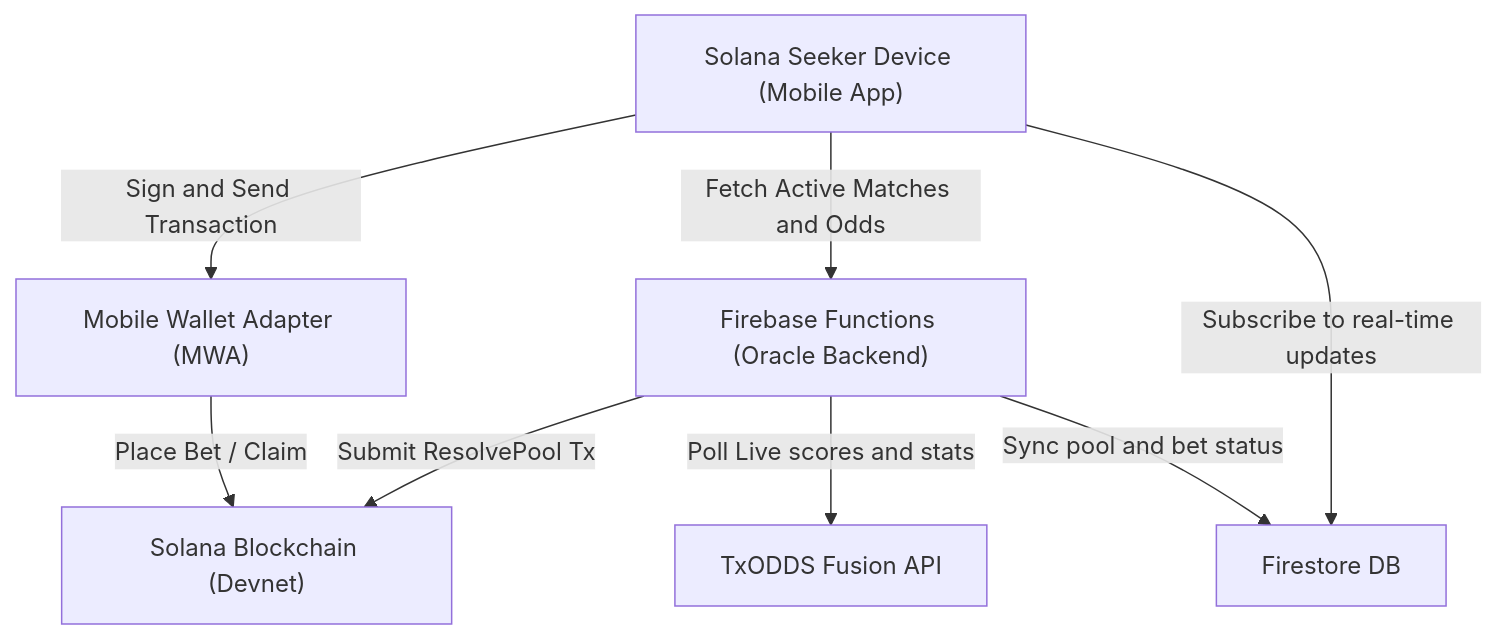
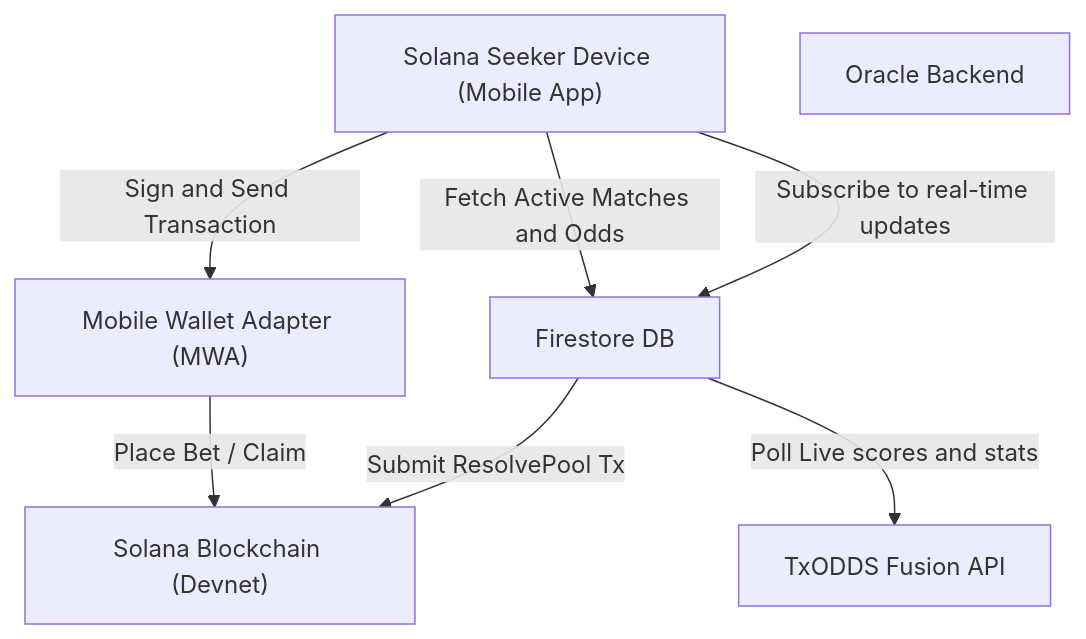
One commit to ANTONINEUTRON/myla changed the diagram in docs/ARCHITECTURE.md. Above: the diagram before and after it, drawn with Mermaid.

Commit message:
added archotecture dpcumentation

````diff
--- a/docs/ARCHITECTURE.md
+++ b/docs/ARCHITECTURE.md
@@ -13,17 +13,16 @@
 ```mermaid
 graph TD
     User["Solana Seeker Device (Mobile App)"]
     MWA["Mobile Wallet Adapter (MWA)"]
     Solana["Solana Blockchain (Devnet)"]
-    Firebase["Firebase Functions (Oracle Backend)"]
+    Oracle["Oracle Backend"]
     TxODDS["TxODDS Fusion API"]
-    Firestore["Firestore DB"]
+    OracleStore["Firestore DB"]
 
     User -->|Sign and Send Transaction| MWA
     MWA -->|Place Bet / Claim| Solana
-    User -->|Fetch Active Matches and Odds| Firebase
-    Firebase -->|Poll Live scores and stats| TxODDS
-    Firebase -->|Sync pool and bet status| Firestore
-    User -->|Subscribe to real-time updates| Firestore
-    Firebase -->|Submit ResolvePool Tx| Solana
+    User -->|Fetch Active Matches and Odds| OracleStore
+    User -->|Subscribe to real-time updates| OracleStore
+    OracleStore -->|Poll Live scores and stats| TxODDS
+    OracleStore -->|Submit ResolvePool Tx| Solana
 ```
````
